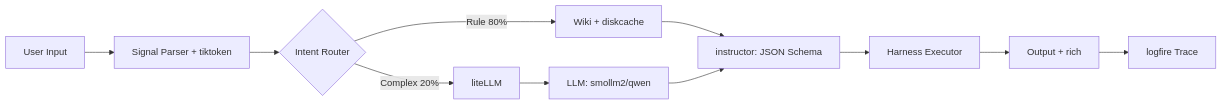
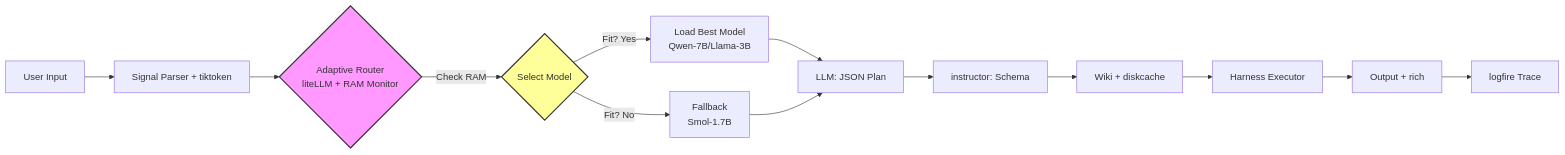
Before and after one commit to habeldavidson007-glitch/COM-Companion-Of-Master: the diagram in README.md, drawn with Mermaid. The commit also changed other lines of this file and 4 other files, not shown here.

````diff
--- a/README.md
+++ b/README.md
@@ -41,13 +41,17 @@
 ```mermaid
 graph LR
     A[User Input] --> B[Signal Parser + tiktoken]
-    B --> C{Intent Router}
-    C -->|Rule 80%| D[Wiki + diskcache]
-    C -->|Complex 20%| E[liteLLM]
-    E --> F[LLM: smollm2/qwen]
-    D --> G[instructor: JSON Schema]
-    F --> G
-    G --> H[Harness Executor]
-    H --> I[Output + rich]
-    I --> J[logfire Trace]
+    B --> C{Adaptive Router<br/>liteLLM + RAM Monitor}
+    C -->|Check RAM| D{Select Model}
+    D -->|Fit? Yes| E[Load Best Model<br/>Qwen-7B/Llama-3B]
+    D -->|Fit? No| F[Fallback<br/>Smol-1.7B]
+    E & F --> G[LLM: JSON Plan]
+    G --> H[instructor: Schema]
+    H --> I[Wiki + diskcache]
+    I --> J[Harness Executor]
+    J --> K[Output + rich]
+    K --> L[logfire Trace]
+    
+    style C fill:#f9f,stroke:#333,stroke-width:2px
+    style D fill:#ff9,stroke:#333,stroke-width:2px
 ```
````
